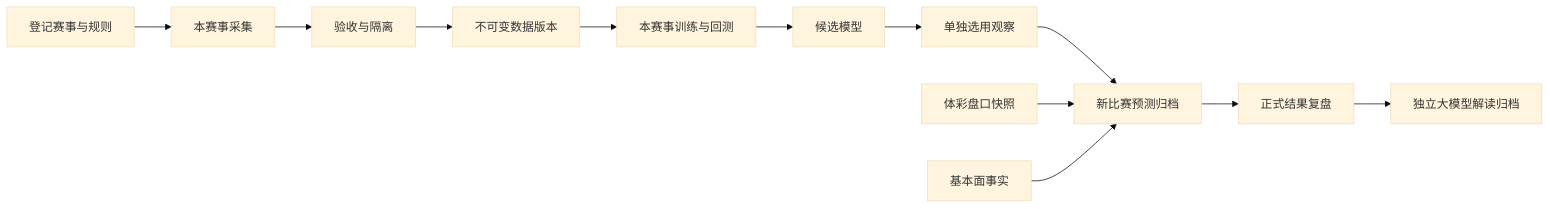
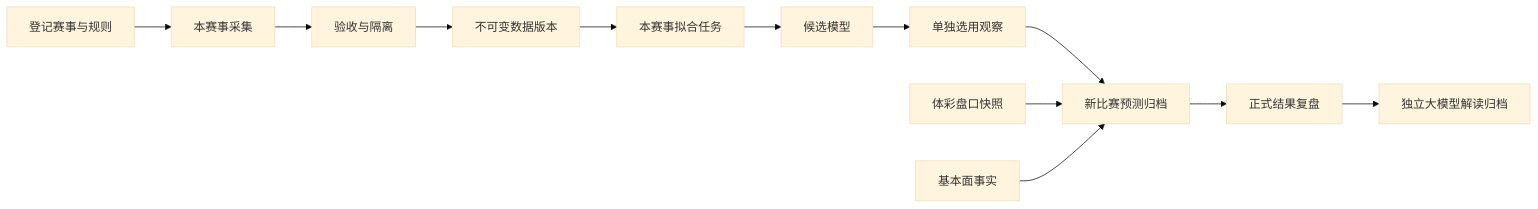
The diagram in docs/football-system-contract.md (mosshello/worldcup-insight), drawn with Mermaid (base theme) before and after one commit. The commit also changed other lines of this file and 155 other files, not shown here.

````diff
--- a/docs/football-system-contract.md
+++ b/docs/football-system-contract.md
@@ -57,14 +105,14 @@
 ```mermaid
 flowchart LR
     A[登记赛事与规则] --> B[本赛事采集]
     B --> C[验收与隔离]
     C --> D[不可变数据版本]
-    D --> E[本赛事训练与回测]
+    D --> E[本赛事拟合任务]
     E --> F[候选模型]
     F --> G[单独选用观察]
     G --> H[新比赛预测归档]
     H --> I[正式结果复盘]
     I --> L[独立大模型解读归档]
     J[体彩盘口快照] --> H
     K[基本面事实] --> H
 ```
````
